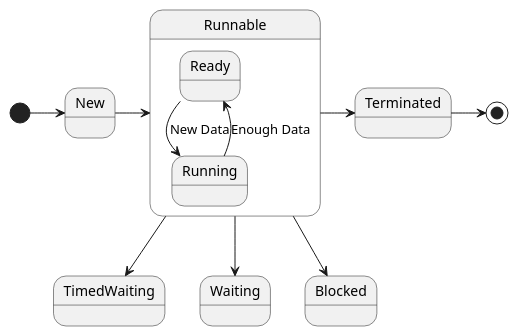
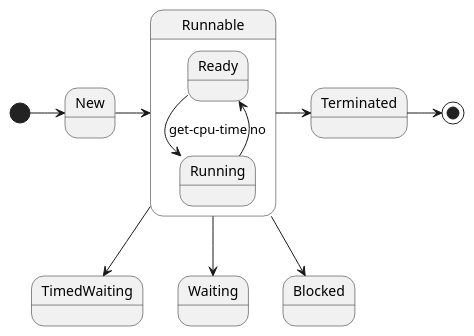
One commit to onlyonion/development changed the second of 2 diagrams in 10-java/src/rt.jar.src/java/lang/Thread.md. Above: the diagram before and after it, drawn with PlantUML. The commit also changed other lines of this file and 73 other files, not shown here.

````diff
--- a/10-java/src/rt.jar.src/java/lang/Thread.md
+++ b/10-java/src/rt.jar.src/java/lang/Thread.md
@@ -47,21 +67,21 @@
 ```plantuml
 @startuml
 
 [*] -right-> New
 
 New -right-> Runnable
 
 state Runnable {
-  Ready --> Running : New Data
-  Running --> Ready : Enough Data
+  Ready --> Running : get-cpu-time
+  Running --> Ready : no
 }
 
 Runnable --> TimedWaiting
 Runnable --> Waiting
 Runnable --> Blocked
 
 Runnable -right-> Terminated
 Terminated -right-> [*]
 
 @enduml
 ```
````
